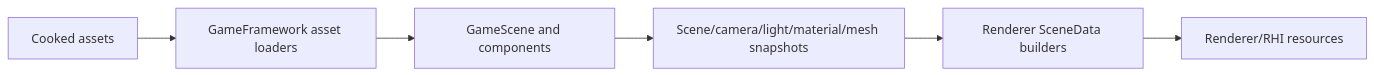
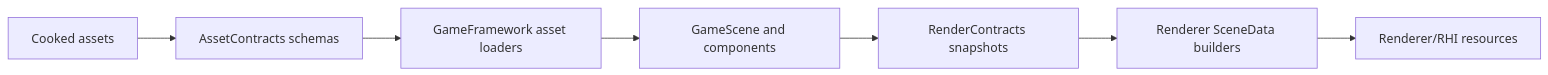
The diagram in docs/architecture/game-framework-contract.md (stoleckipawel/SparkleEngine), drawn with Mermaid before and after one commit. The commit also changed other lines of this file and 30 other files, not shown here.

Commit message:
refined global architecture docs

````diff
--- a/docs/architecture/game-framework-contract.md
+++ b/docs/architecture/game-framework-contract.md
@@ -52,15 +84,17 @@
 ```mermaid
 flowchart LR
     Cooked[Cooked assets]
+    AssetContracts[AssetContracts schemas]
     GameAssets[GameFramework asset loaders]
     Scene[GameScene and components]
-    Snapshot[Scene/camera/light/material/mesh snapshots]
+    Snapshot[RenderContracts snapshots]
     Renderer[Renderer SceneData builders]
     GPU[Renderer/RHI resources]
 
-    Cooked --> GameAssets
+    Cooked --> AssetContracts
+    AssetContracts --> GameAssets
     GameAssets --> Scene
     Scene --> Snapshot
     Snapshot --> Renderer
     Renderer --> GPU
 ```
````
